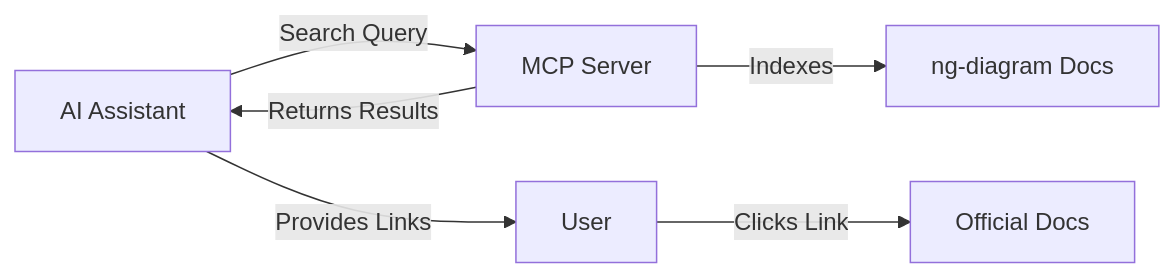
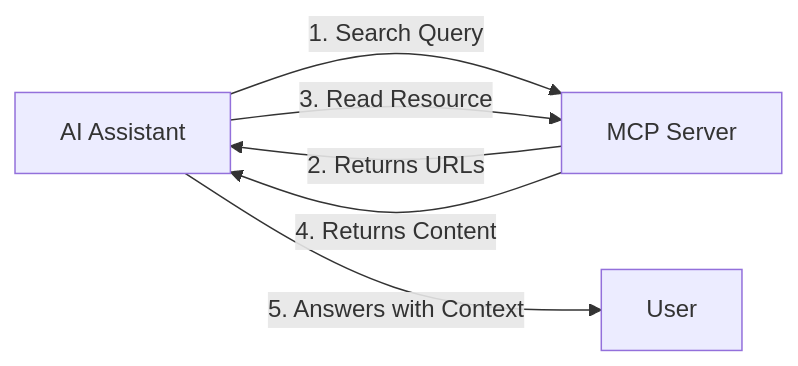
One commit to synergycodes/ng-diagram changed the first of 2 diagrams in tools/mcp-server/README.md. Above: the diagram before and after it, drawn with Mermaid. The commit also changed other lines of this file and 1 other file, not shown here.

Commit message:
feat(mcp-server): Add Resources API for reading documentation content

````diff
--- a/tools/mcp-server/README.md
+++ b/tools/mcp-server/README.md
@@ -19,8 +19,8 @@
 ```mermaid
 graph LR
-    A[AI Assistant] -->|Search Query| B[MCP Server]
-    B -->|Indexes| C[ng-diagram Docs]
-    B -->|Returns Results| A
-    A -->|Provides Links| D[User]
-    D -->|Clicks Link| E[Official Docs]
+    A[AI Assistant] -->|1. Search Query| B[MCP Server]
+    B -->|2. Returns URLs| A
+    A -->|3. Read Resource| B
+    B -->|4. Returns Content| A
+    A -->|5. Answers with Context| D[User]
 ```
````
